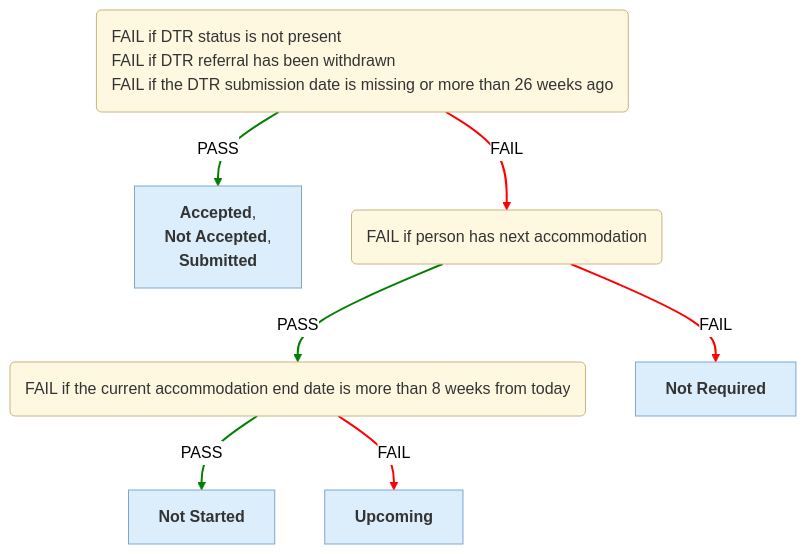
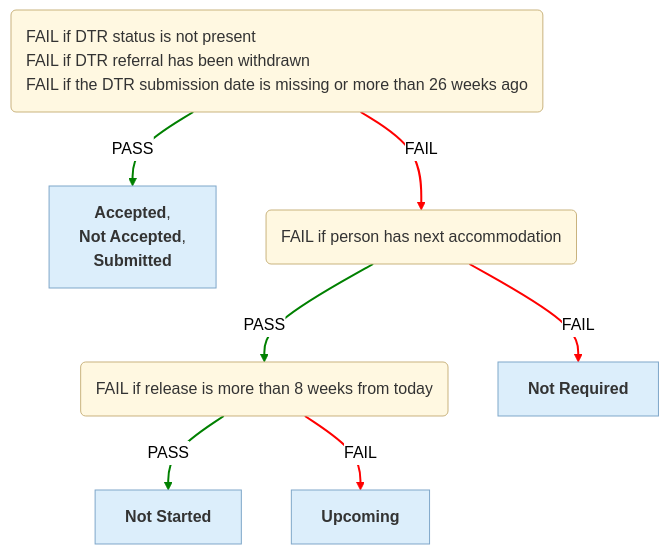
The fifth of 6 diagrams in docs/eligibility-rules-graph.md (ministryofjustice/hmpps-single-accommodation-service-api), drawn with Mermaid (neutral theme) before and after one commit. The commit also changed other lines of this file and 13 other files, not shown here.

Commit message:
chore/SAS-1544-Make-language-more-natural-for-Fail-descriptions

````diff
--- a/docs/eligibility-rules-graph.md
+++ b/docs/eligibility-rules-graph.md
@@ -578,28 +495,28 @@
 ```mermaid
 %%{init: {"flowchart": {"wrappingWidth": 800}}}%%
 flowchart TD
   Suitability("<div style='text-align:left'>FAIL if DTR status is not present
 FAIL if DTR referral has been withdrawn
 FAIL if the DTR submission date is missing or more than 26 weeks ago</div>")
   outcome_DtrCompletionContextUpdater["<b>Accepted</b>,
  <b>Not Accepted</b>,
  <b>Submitted</b>"]
   Eligibility("<div style='text-align:left'>FAIL if person has next accommodation</div>")
-  Upcoming("<div style='text-align:left'>FAIL if the current accommodation end date is more than 8 weeks from today</div>")
+  Upcoming("<div style='text-align:left'>FAIL if release is more than 8 weeks from today</div>")
   DTR_NOT_STARTED["<b>Not Started</b>"]
   outcome_DtrUpcomingContextUpdater["<b>Upcoming</b>"]
   DTR_NOT_REQUIRED["<b>Not Required</b>"]
   Suitability -->|PASS| outcome_DtrCompletionContextUpdater
   Upcoming -->|PASS| DTR_NOT_STARTED
   Upcoming -->|FAIL| outcome_DtrUpcomingContextUpdater
   Eligibility -->|PASS| Upcoming
   Eligibility -->|FAIL| DTR_NOT_REQUIRED
   Suitability -->|FAIL| Eligibility
   linkStyle 0,1,3 stroke:green,stroke-width:2px
   linkStyle 2,4,5 stroke:red,stroke-width:2px
   classDef ruleSetNode fill:#FFF8E1,stroke:#C9B37E,color:#333
   classDef outcomeNode fill:#DCEEFB,stroke:#7FA7C9,color:#333
   classDef updaterNode fill:#EDE7F6,stroke:#A99BC9,color:#333
   class Suitability,Eligibility,Upcoming ruleSetNode
   class outcome_DtrCompletionContextUpdater,DTR_NOT_STARTED,outcome_DtrUpcomingContextUpdater,DTR_NOT_REQUIRED outcomeNode
 ```
````
